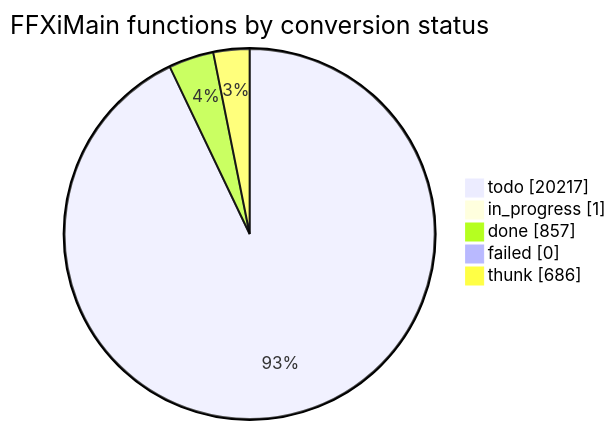
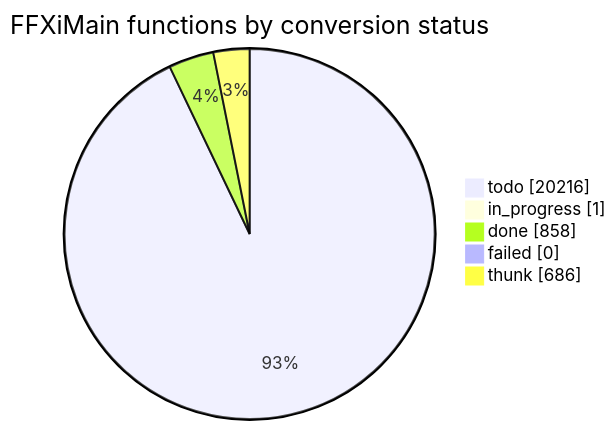
Before and after one commit to cowrevenge/cow_kuluu_xi_anything: the diagram in docs/cow/STATUS.md, drawn with Mermaid. The commit also changed other lines of this file and 9 other files, not shown here.

````diff
--- a/docs/cow/STATUS.md
+++ b/docs/cow/STATUS.md
@@ -18,9 +18,9 @@
 ```mermaid
 pie showData
     title FFXiMain functions by conversion status
-    "todo" : 20217
+    "todo" : 20216
     "in_progress" : 1
-    "done" : 857
+    "done" : 858
     "failed" : 0
     "thunk" : 686
 ```
````
